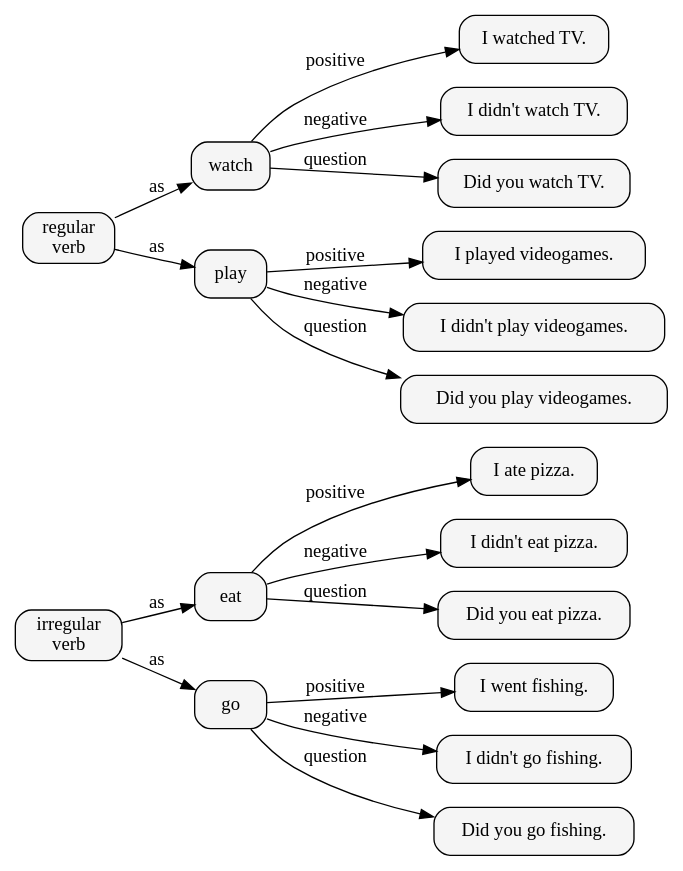
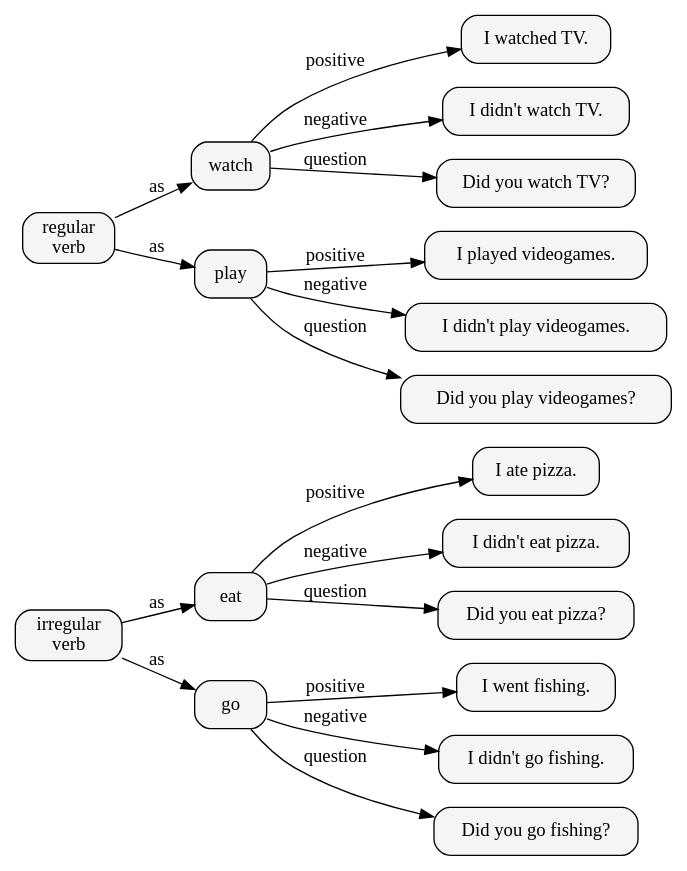
Before and after one commit to 1nv1/CulturalInglesa: the diagram in 1st/index.org, drawn with Graphviz. The commit also changed 2 other files, not shown here.

Commit message:
Added question mark

```diff
--- a/1st/index.org
+++ b/1st/index.org
@@ -21,20 +21,20 @@
 #+BEGIN_SRC dot :file ./img/u_simple_past_rules.svg :cmdline -Kdot -Tsvg
   digraph { rankdir = LR; node [ style = "rounded, filled", fillcolor = "gray96", shape = box]; overlap = false;
     "irregular\nverb" -> "eat" [ label = "as" ];
       "eat" -> "I ate pizza." [ label = "positive" ];
       "eat" -> "I didn't eat pizza." [ label = "negative" ];
-      "eat" -> "Did you eat pizza." [ label = "question" ];
+      "eat" -> "Did you eat pizza?" [ label = "question" ];
     "irregular\nverb" -> "go" [ label = "as" ];
       "go" -> "I went fishing." [ label = "positive" ];
       "go" -> "I didn't go fishing." [ label = "negative" ];
-      "go" -> "Did you go fishing." [ label = "question" ];
+      "go" -> "Did you go fishing?" [ label = "question" ];
     "regular\nverb" -> "watch" [ label = "as" ];
       "watch" -> "I watched TV." [label = "positive" ];
       "watch" -> "I didn't watch TV." [label = "negative" ];
-      "watch" -> "Did you watch TV." [label = "question" ];
+      "watch" -> "Did you watch TV?" [label = "question" ];
     "regular\nverb" -> "play" [ label = "as" ];
       "play" -> "I played videogames." [label = "positive" ];
       "play" -> "I didn't play videogames." [label = "negative" ];
-      "play" -> "Did you play videogames." [label = "question" ];
+      "play" -> "Did you play videogames?" [label = "question" ];
   }
 #+END_SRC
```
